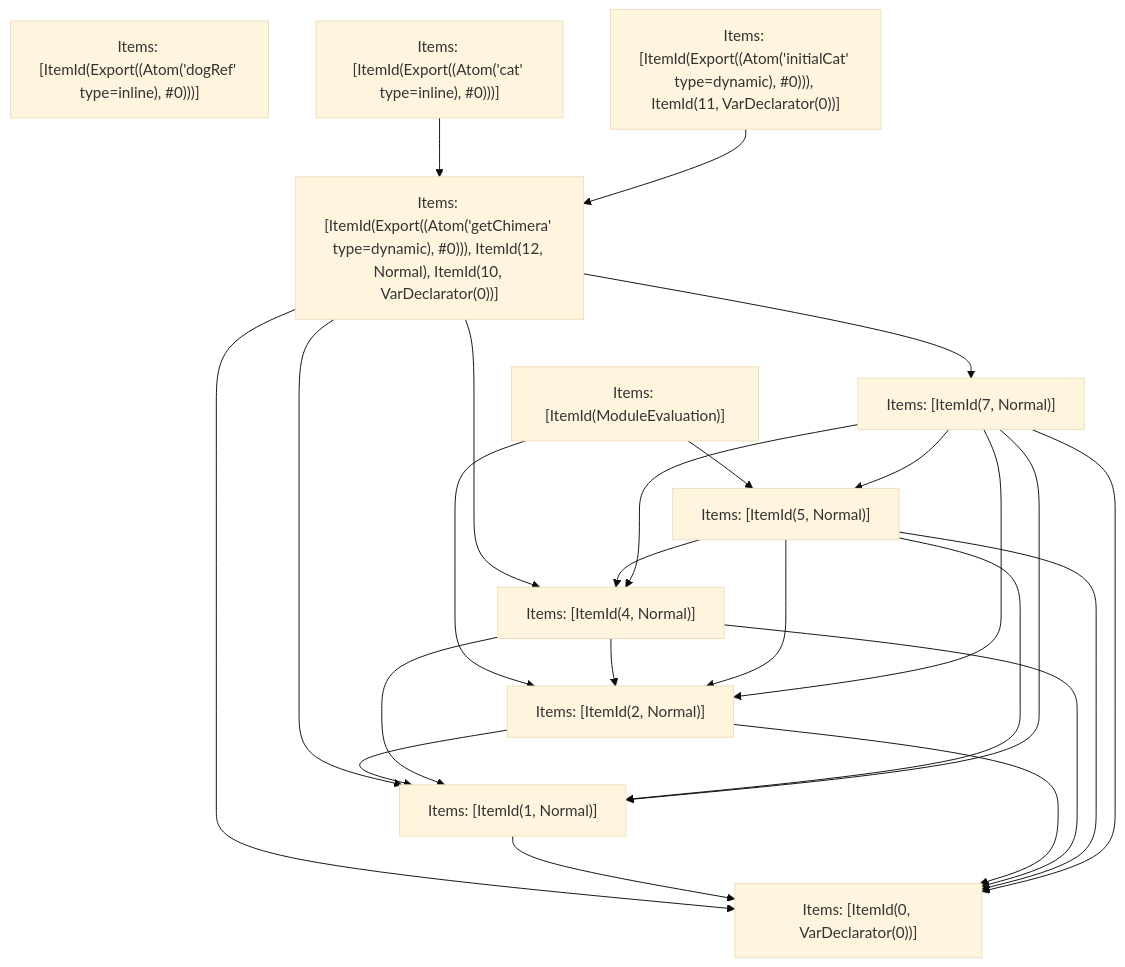
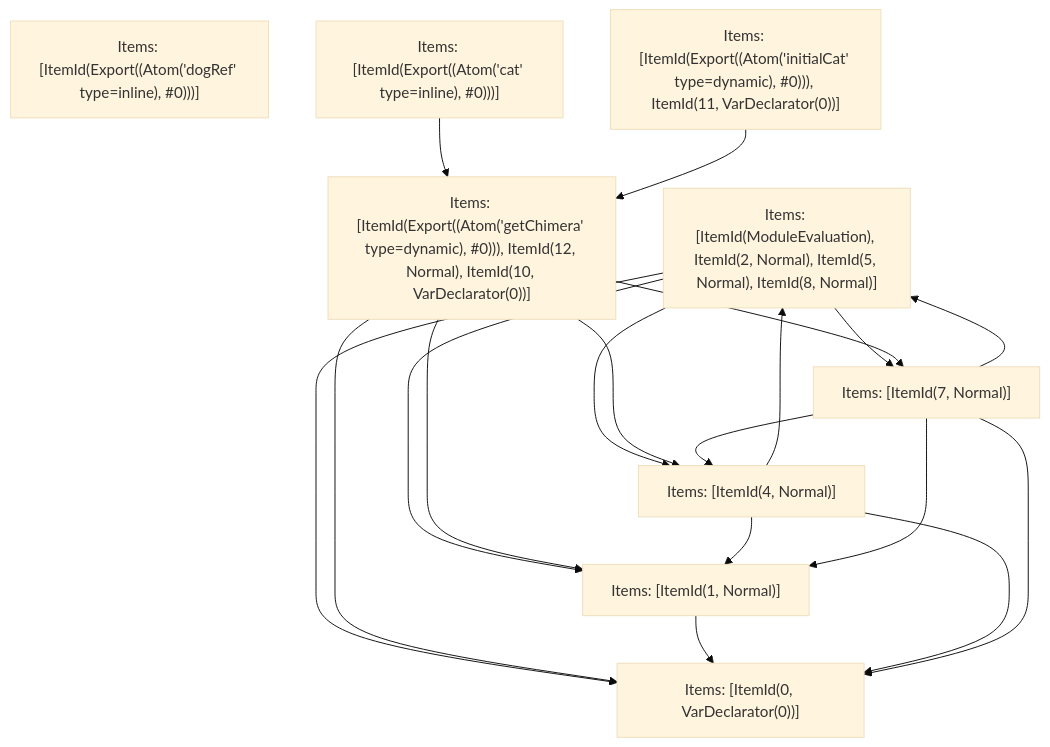
The fifth of 5 diagrams in crates/turbopack-ecmascript/tests/tree-shaker/analyzer/complex/output.md (vercel/turborepo), drawn with Mermaid (base theme) before and after one commit. The commit also changed other lines of this file and 2 other files, not shown here.

Commit message:
Update test refs

````diff
--- a/crates/turbopack-ecmascript/tests/tree-shaker/analyzer/complex/output.md
+++ b/crates/turbopack-ecmascript/tests/tree-shaker/analyzer/complex/output.md
@@ -373,37 +373,30 @@
 ```mermaid
 graph TD
-    N0["Items: [ItemId(ModuleEvaluation)]"];
+    N0["Items: [ItemId(ModuleEvaluation), ItemId(2, Normal), ItemId(5, Normal), ItemId(8, Normal)]"];
     N1["Items: [ItemId(Export((Atom('dogRef' type=inline), #0)))]"];
     N2["Items: [ItemId(Export((Atom('cat' type=inline), #0)))]"];
     N3["Items: [ItemId(Export((Atom('initialCat' type=dynamic), #0))), ItemId(11, VarDeclarator(0))]"];
     N4["Items: [ItemId(Export((Atom('getChimera' type=dynamic), #0))), ItemId(12, Normal), ItemId(10, VarDeclarator(0))]"];
     N5["Items: [ItemId(0, VarDeclarator(0))]"];
     N6["Items: [ItemId(1, Normal)]"];
-    N7["Items: [ItemId(2, Normal)]"];
-    N8["Items: [ItemId(4, Normal)]"];
-    N9["Items: [ItemId(5, Normal)]"];
-    N10["Items: [ItemId(7, Normal)]"];
+    N7["Items: [ItemId(4, Normal)]"];
+    N8["Items: [ItemId(7, Normal)]"];
+    N0 --> N5;
+    N0 --> N6;
     N0 --> N7;
-    N0 --> N9;
+    N0 --> N8;
     N2 --> N4;
     N3 --> N4;
     N4 --> N5;
     N4 --> N6;
+    N4 --> N7;
     N4 --> N8;
-    N4 --> N10;
     N6 --> N5;
     N7 --> N5;
     N7 --> N6;
+    N7 --> N0;
     N8 --> N5;
     N8 --> N6;
     N8 --> N7;
-    N9 --> N5;
-    N9 --> N6;
-    N9 --> N8;
-    N9 --> N7;
-    N10 --> N5;
-    N10 --> N6;
-    N10 --> N8;
-    N10 --> N7;
-    N10 --> N9;
+    N8 --> N0;
 ```
````
